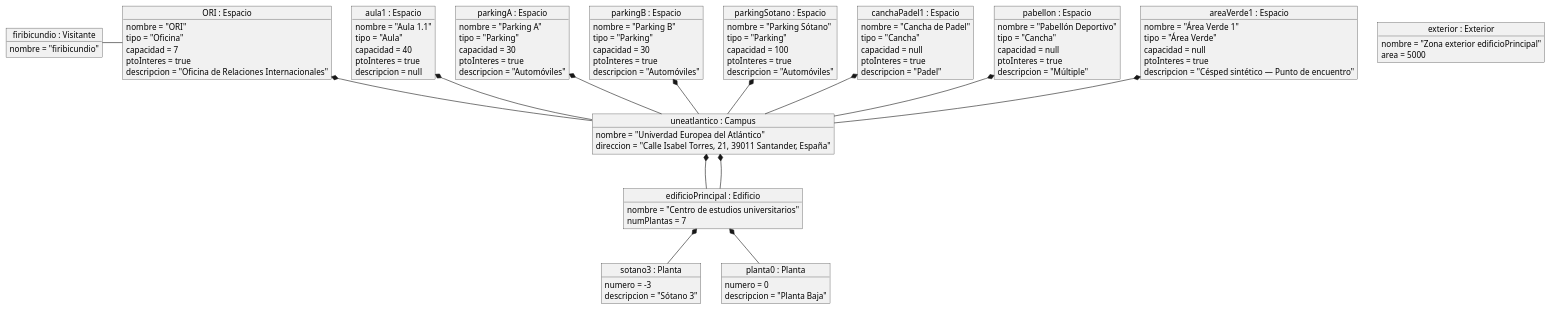
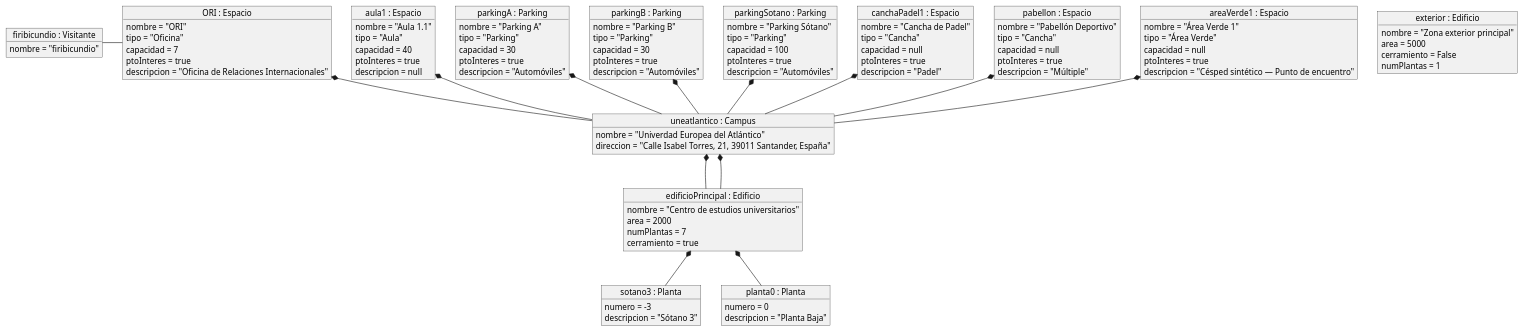
One commit to Camila-Lesly/25-26-idsw1-sdr changed the diagram in documentos/00-modeloDeDominio/DiagramaDeObjetos/diagramaDeObjetos.puml. Above: the diagram before and after it, drawn with PlantUML. The commit also changed 4 other files, not shown here.

Commit message:
fix: making first advancements on object diagram and refactor to follow the established standard on README

```diff
--- a/documentos/00-modeloDeDominio/DiagramaDeObjetos/diagramaDeObjetos.puml
+++ b/documentos/00-modeloDeDominio/DiagramaDeObjetos/diagramaDeObjetos.puml
@@ -1,115 +1,119 @@
 @startuml
+
+object "uneatlantico : Campus" as uneatlantico {
+    nombre = "Univerdad Europea del Atlántico"
+    direccion = "Calle Isabel Torres, 21, 39011 Santander, España"
+}
+
+object "edificioPrincipal : Edificio" as edificioPrincipal {
+    nombre = "Centro de estudios universitarios"
+    area = 2000
+    numPlantas = 7
+    cerramiento = true
+}
+
+object "exterior : Edificio" as exterior {
+    nombre = "Zona exterior principal"
+    area = 5000
+    cerramiento = False
+    numPlantas = 1
+}
+
+object "sotano3 : Planta" as sotano3 {
+    numero = -3
+    descripcion = "Sótano 3"
+}
+
+object "planta0 : Planta" as planta0 {
+    numero = 0
+    descripcion = "Planta Baja"
+}
 
 object "firibicundio : Visitante" as firibicundio {
     nombre = "firibicundio"
 }
 
 object "aula1 : Espacio" as aula1 {
     nombre = "Aula 1.1"
     tipo = "Aula"
     capacidad = 40
     ptoInteres = true
     descripcion = null
 }
 
 object "ORI : Espacio" as ORI {
     nombre = "ORI"
     tipo = "Oficina"
     capacidad = 7
     ptoInteres = true
     descripcion = "Oficina de Relaciones Internacionales"
 }
 
-object "parkingA : Espacio" as parkingA {
+object "parkingA : Parking" as parkingA {
     nombre = "Parking A"
     tipo = "Parking"
     capacidad = 30
     ptoInteres = true
     descripcion = "Automóviles"
 }
 
-object "parkingB : Espacio" as parkingB {
+object "parkingB : Parking" as parkingB {
     nombre = "Parking B"
     tipo = "Parking"
     capacidad = 30
     ptoInteres = true
     descripcion = "Automóviles"
 }
 
-object "parkingSotano : Espacio" as parkingSotano {
+object "parkingSotano : Parking" as parkingSotano {
     nombre = "Parking Sótano"
     tipo = "Parking"
     capacidad = 100
     ptoInteres = true
     descripcion = "Automóviles"
 }
 
 object "canchaPadel1 : Espacio" as canchaPadel1 {
     nombre = "Cancha de Padel"
     tipo = "Cancha"
     capacidad = null
     ptoInteres = true
     descripcion = "Padel"
 }
 
 object "pabellon : Espacio" as pabellon {
     nombre = "Pabellón Deportivo"
     tipo = "Cancha"
     capacidad = null
     ptoInteres = true
     descripcion = "Múltiple"
 }
 
 object "areaVerde1 : Espacio" as areaVerde1 {
     nombre = "Área Verde 1"
     tipo = "Área Verde"
     capacidad = null
     ptoInteres = true
     descripcion = "Césped sintético — Punto de encuentro"
 }
 
-object "uneatlantico : Campus" as uneatlantico {
-    nombre = "Univerdad Europea del Atlántico"
-    direccion = "Calle Isabel Torres, 21, 39011 Santander, España"
-}
-
-object "exterior : Exterior" as exterior {
-    nombre = "Zona exterior edificioPrincipal"
-    area = 5000
-}
-
-object "edificioPrincipal : Edificio" as edificioPrincipal {
-    nombre = "Centro de estudios universitarios"
-    numPlantas = 7
-}
-
-object "sotano3 : Planta" as sotano3 {
-    numero = -3
-    descripcion = "Sótano 3"
-}
-
-object "planta0 : Planta" as planta0 {
-    numero = 0
-    descripcion = "Planta Baja"
-}
-
 firibicundio -right- ORI
 
 aula1 *-- uneatlantico
 ORI *-- uneatlantico
 
 parkingSotano *-- uneatlantico
 parkingA *-- uneatlantico
 parkingB *-- uneatlantico
 
 areaVerde1 *-- uneatlantico
 canchaPadel1 *-- uneatlantico
 pabellon *-- uneatlantico
 
 uneatlantico *-- edificioPrincipal
 uneatlantico *-- edificioPrincipal
 
 edificioPrincipal *-- sotano3
 edificioPrincipal *-- planta0
 
 @enduml
```
